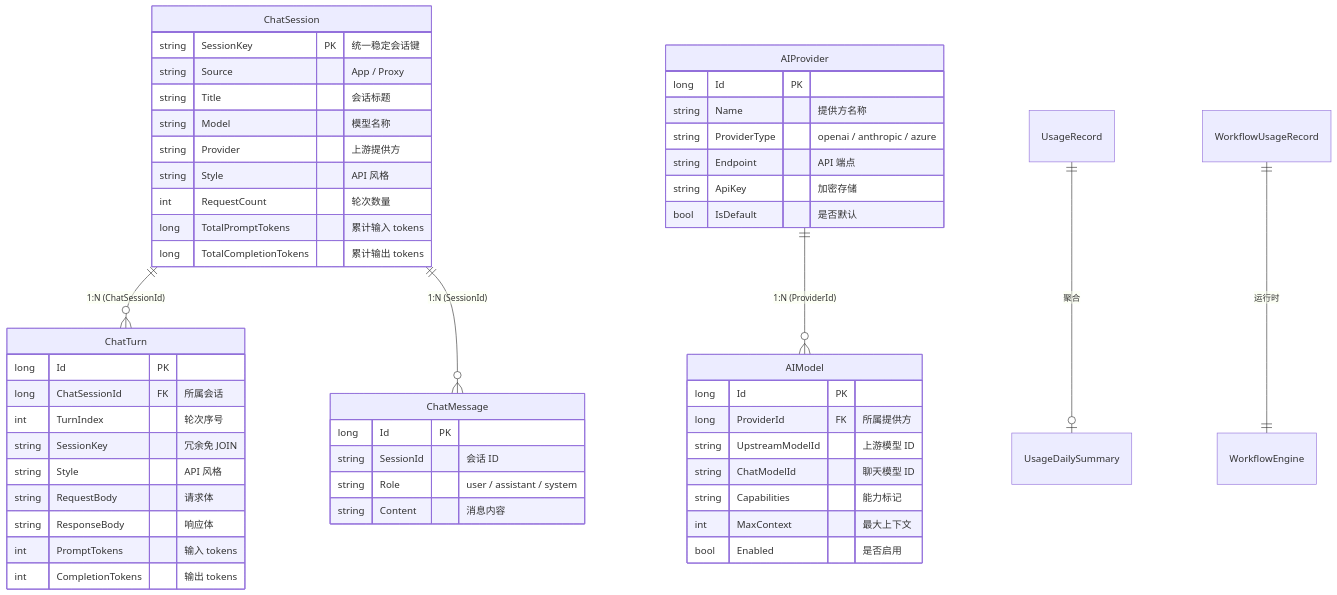
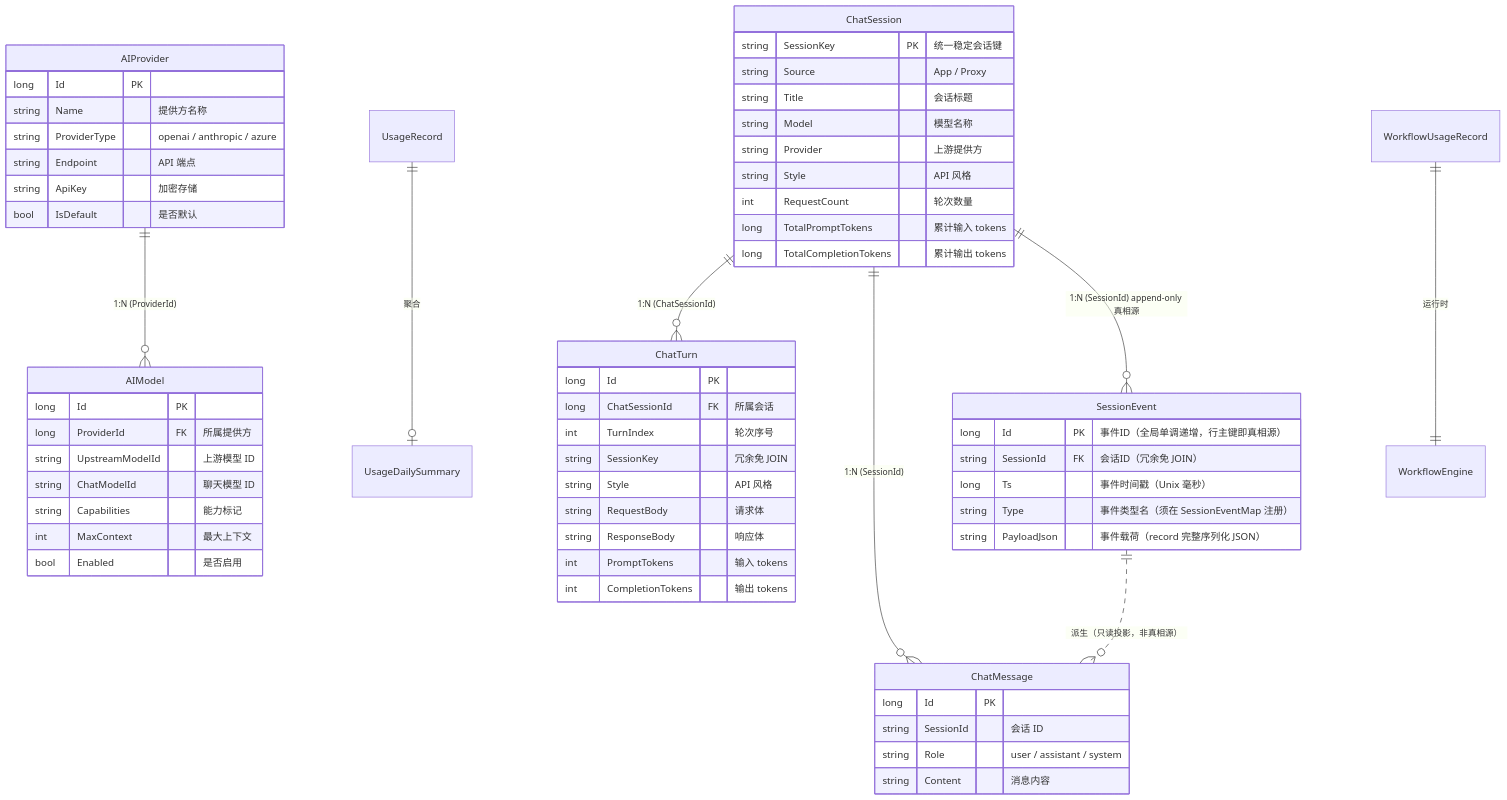
One commit to OpenForgeSelf/OpenForgeSelf changed the diagram in docs/16-reference/data-model.md. Above: the diagram before and after it, drawn with Mermaid. The commit also changed other lines of this file and 5 other files, not shown here.

First line of the commit message:
docs: dsh 对齐 B1-B9 新架构文档补齐（不变量/数据模型/运行时图）

````diff
--- a/docs/16-reference/data-model.md
+++ b/docs/16-reference/data-model.md
@@ -8,58 +8,69 @@
 ```mermaid
 erDiagram
     ChatSession ||--o{ ChatTurn : "1:N (ChatSessionId)"
     ChatSession ||--o{ ChatMessage : "1:N (SessionId)"
     AIProvider ||--o{ AIModel : "1:N (ProviderId)"
     UsageRecord ||--o| UsageDailySummary : "聚合"
     WorkflowUsageRecord ||--|| WorkflowEngine : "运行时"
 
     ChatSession {
         string SessionKey PK "统一稳定会话键"
         string Source "App / Proxy"
         string Title "会话标题"
         string Model "模型名称"
         string Provider "上游提供方"
         string Style "API 风格"
         int RequestCount "轮次数量"
         long TotalPromptTokens "累计输入 tokens"
         long TotalCompletionTokens "累计输出 tokens"
     }
 
     ChatTurn {
         long Id PK
         long ChatSessionId FK "所属会话"
         int TurnIndex "轮次序号"
         string SessionKey "冗余免 JOIN"
         string Style "API 风格"
         string RequestBody "请求体"
         string ResponseBody "响应体"
         int PromptTokens "输入 tokens"
         int CompletionTokens "输出 tokens"
     }
 
     ChatMessage {
         long Id PK
         string SessionId "会话 ID"
         string Role "user / assistant / system"
         string Content "消息内容"
     }
 
     AIProvider {
         long Id PK
         string Name "提供方名称"
         string ProviderType "openai / anthropic / azure"
         string Endpoint "API 端点"
         string ApiKey "加密存储"
         bool IsDefault "是否默认"
     }
 
     AIModel {
         long Id PK
         long ProviderId FK "所属提供方"
         string UpstreamModelId "上游模型 ID"
         string ChatModelId "聊天模型 ID"
         string Capabilities "能力标记"
         int MaxContext "最大上下文"
         bool Enabled "是否启用"
     }
+
+    SessionEvent {
+        long Id PK "事件ID（全局单调递增，行主键即真相源）"
+        string SessionId FK "会话ID（冗余免 JOIN）"
+        long Ts "事件时间戳（Unix 毫秒）"
+        string Type "事件类型名（须在 SessionEventMap 注册）"
+        string PayloadJson "事件载荷（record 完整序列化 JSON）"
+    }
+
+    ChatSession ||--o{ SessionEvent : "1:N (SessionId) append-only 真相源"
+    SessionEvent ||..o{ ChatMessage : "派生（只读投影，非真相源）"
 ```
````
